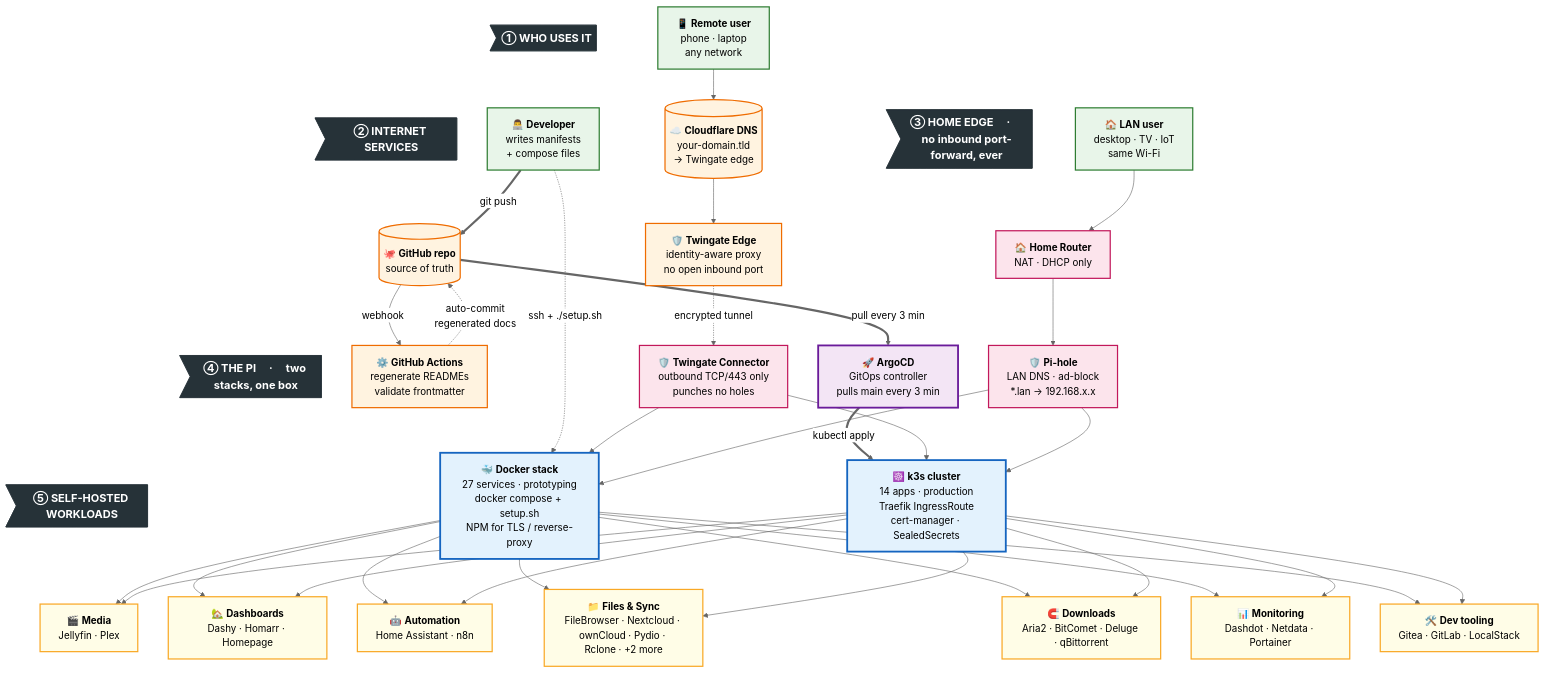
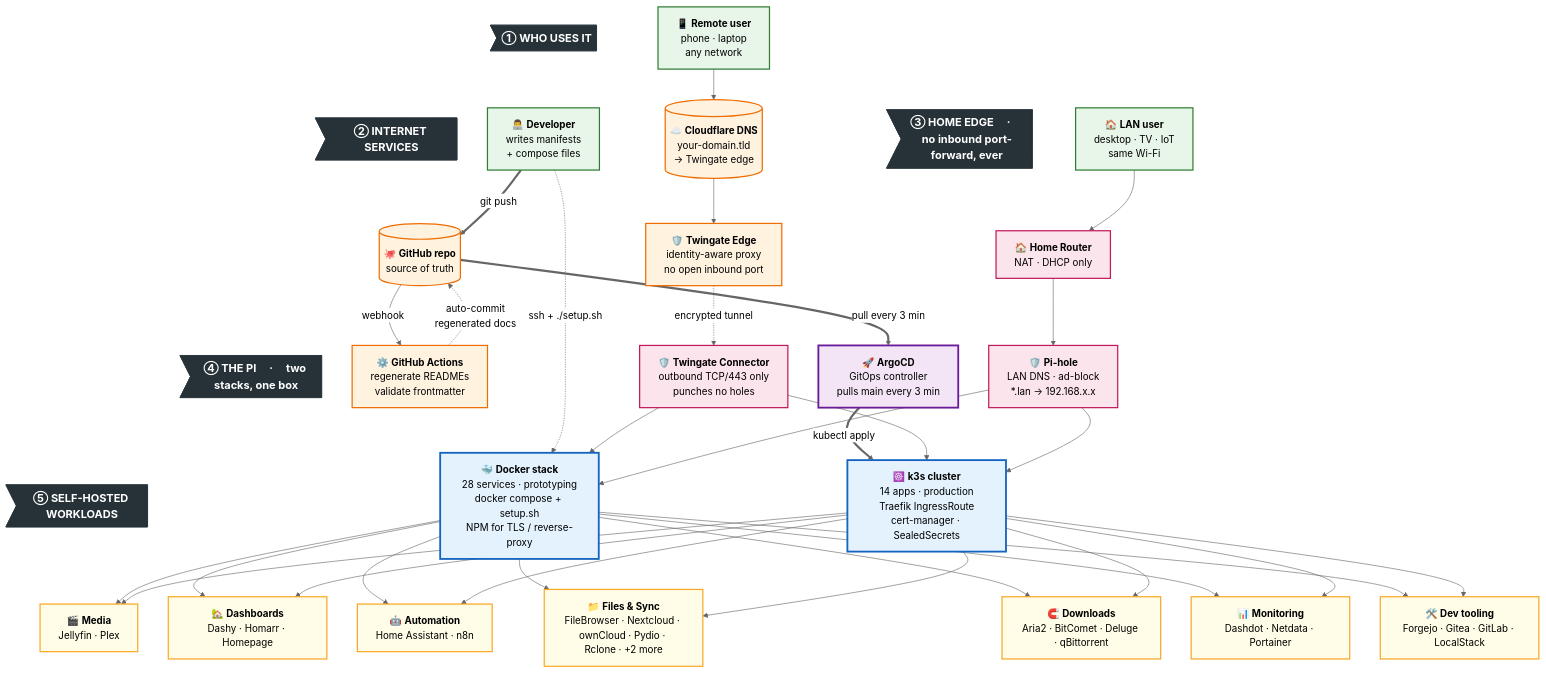
The diagram in README.md (Thre4dripper/Home-Server-Lab), drawn with Mermaid (neutral theme) before and after one commit. The commit also changed other lines of this file and 1 other file, not shown here.

```diff
--- a/README.md
+++ b/README.md
@@ -96,7 +96,7 @@
     Pihole[🛡️ <b>Pi-hole</b><br/>LAN DNS · ad-block<br/>*.lan → 192.168.x.x]
 
     %% ─── TIER 4 · the Pi ────────────────────────────────────────────────
-    Docker[🐳 <b>Docker stack</b><br/>27 services · prototyping<br/>docker compose + setup.sh<br/>NPM for TLS / reverse-proxy]
+    Docker[🐳 <b>Docker stack</b><br/>28 services · prototyping<br/>docker compose + setup.sh<br/>NPM for TLS / reverse-proxy]
     Argo[🚀 <b>ArgoCD</b><br/>GitOps controller<br/>pulls main every 3 min]
     K3s[☸️ <b>k3s cluster</b><br/>14 apps · production<br/>Traefik IngressRoute<br/>cert-manager · SealedSecrets]
 
@@ -108,7 +108,7 @@
     W4[📁 <b>Files &amp; Sync</b><br/>FileBrowser · Nextcloud · ownCloud · Pydio · Rclone · +2 more]
     W5[🧲 <b>Downloads</b><br/>Aria2 · BitComet · Deluge · qBittorrent]
     W6[📊 <b>Monitoring</b><br/>Dashdot · Netdata · Portainer]
-    W7[🛠️ <b>Dev tooling</b><br/>Gitea · GitLab · LocalStack]
+    W7[🛠️ <b>Dev tooling</b><br/>Forgejo · Gitea · GitLab · LocalStack]
 
     %% ─── HEADER ANCHORS (invisible) ─────────────────────────────────────
     H1 ~~~ Dev
```
